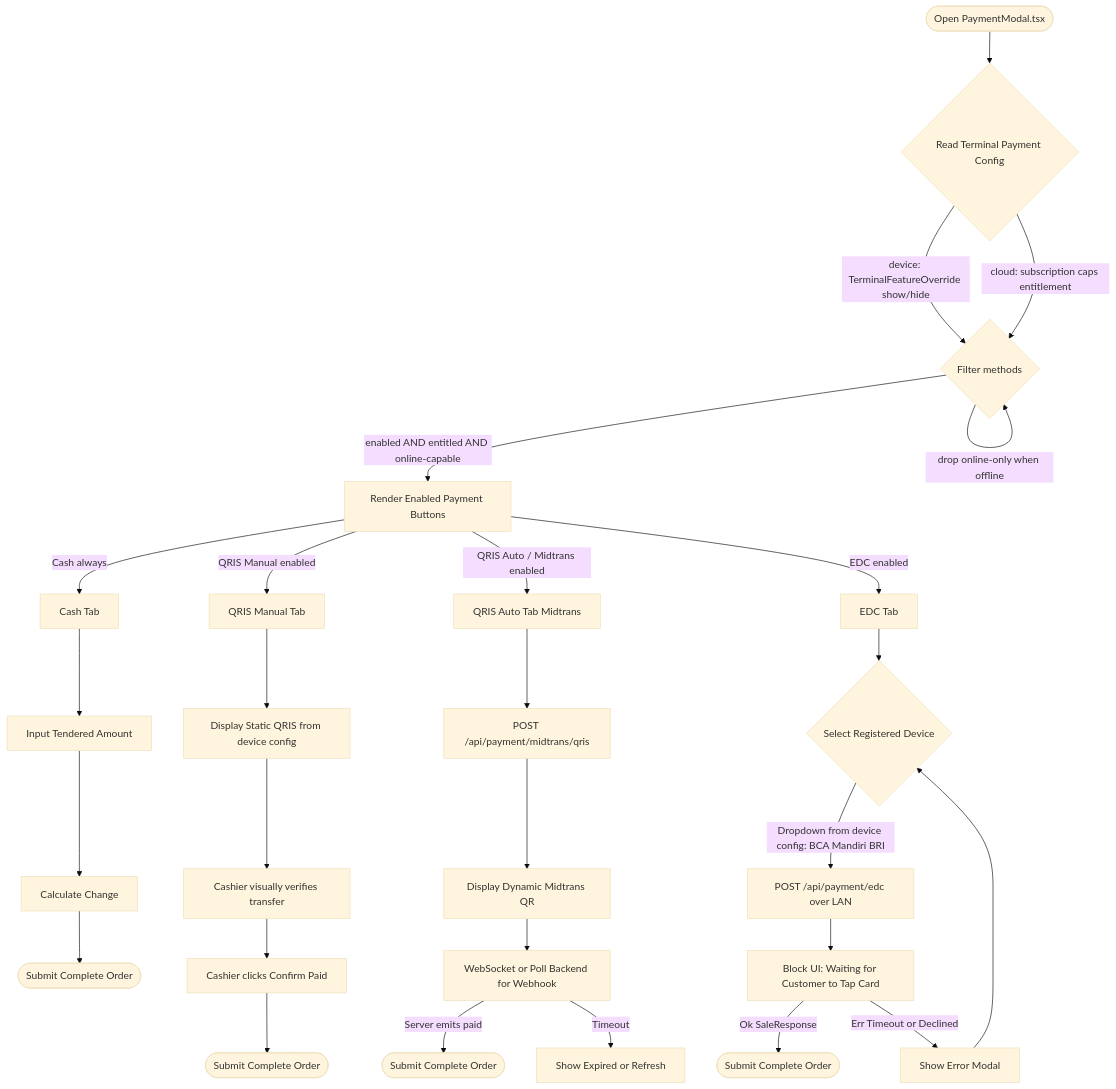
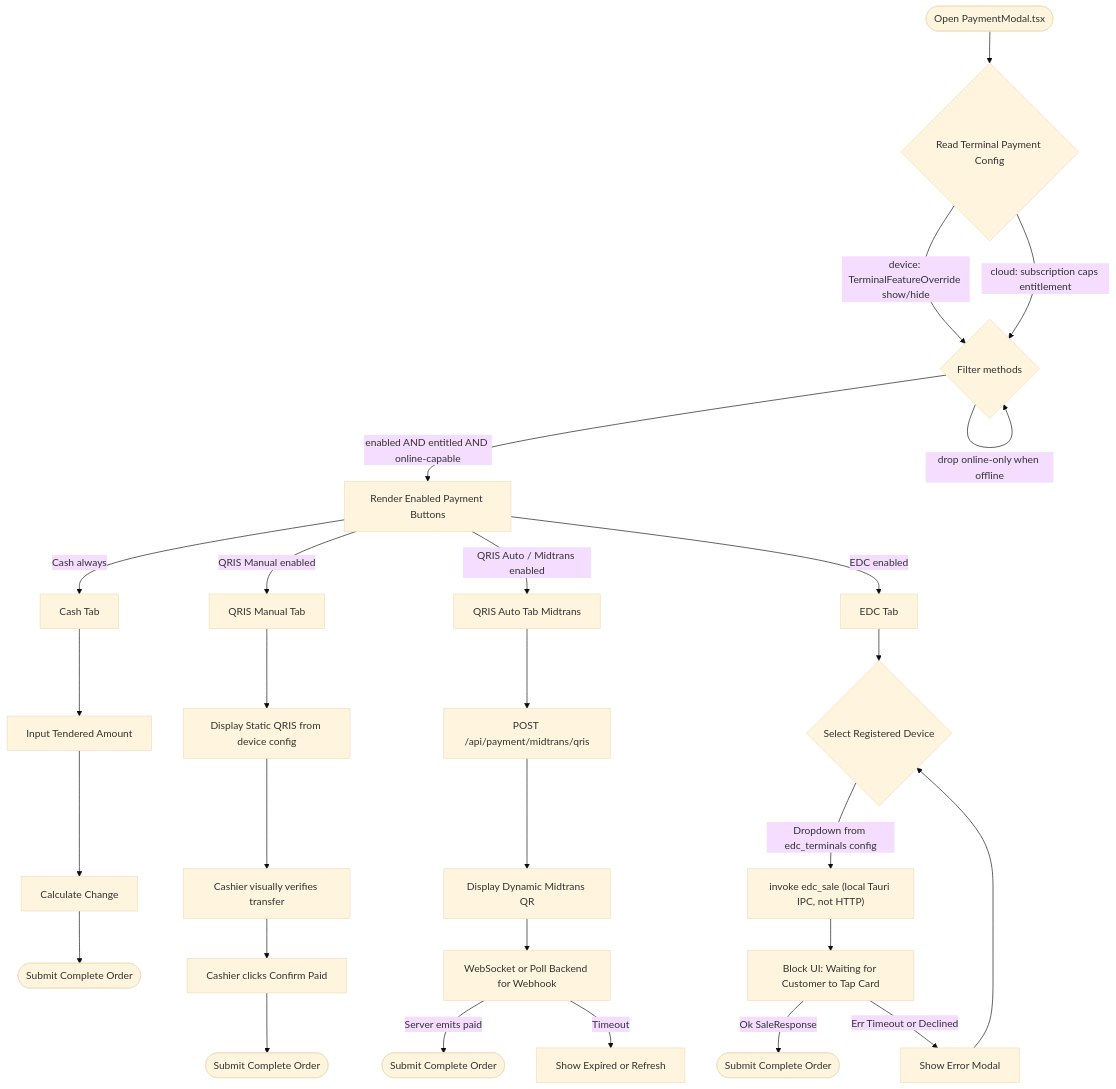
One commit to kardelitaitu/kasirmu changed the diagram in todo-payment.md. Above: the diagram before and after it, drawn with Mermaid (base theme). The commit also changed other lines of this file, not shown here.

Commit message:
docs(payment): re-verify the master plan against the tree — 4 shipped items were still filed as pending, and one decision shipped inverted

````diff
--- a/todo-payment.md
+++ b/todo-payment.md
@@ -150,37 +211,37 @@
 ```mermaid
 graph TD
     Init(["Open PaymentModal.tsx"]) --> FetchConfig{"Read Terminal Payment Config"}
     FetchConfig -->|device: TerminalFeatureOverride show/hide| Filter
     FetchConfig -->|cloud: subscription caps entitlement| Filter
 
     Filter{"Filter methods"}
     Filter -->|drop online-only when offline| Filter
     Filter -->|enabled AND entitled AND online-capable| RenderUI["Render Enabled Payment Buttons"]
 
     RenderUI -->|Cash always| TabCash["Cash Tab"]
     RenderUI -->|QRIS Manual enabled| TabQrisMan["QRIS Manual Tab"]
     RenderUI -->|QRIS Auto / Midtrans enabled| TabQrisAuto["QRIS Auto Tab Midtrans"]
     RenderUI -->|EDC enabled| TabEdc["EDC Tab"]
 
     TabCash --> CashInput["Input Tendered Amount"]
     CashInput --> CashCalc["Calculate Change"]
     CashCalc --> SubmitCash(["Submit Complete Order"])
 
     TabQrisMan --> QrisManStatic["Display Static QRIS from device config"]
     QrisManStatic --> QrisManVerify["Cashier visually verifies transfer"]
     QrisManVerify --> QrisManConfirm["Cashier clicks Confirm Paid"]
     QrisManConfirm --> SubmitQrisMan(["Submit Complete Order"])
 
     TabQrisAuto --> QrisAutoReq["POST /api/payment/midtrans/qris"]
     QrisAutoReq --> QrisAutoRender["Display Dynamic Midtrans QR"]
     QrisAutoRender --> QrisAutoListen["WebSocket or Poll Backend for Webhook"]
     QrisAutoListen -->|Server emits paid| SubmitQrisAuto(["Submit Complete Order"])
     QrisAutoListen -->|Timeout| QrisAutoRetry["Show Expired or Refresh"]
 
     TabEdc --> EdcSelect{"Select Registered Device"}
-    EdcSelect -->|Dropdown from device config: BCA Mandiri BRI| EdcSend["POST /api/payment/edc over LAN"]
+    EdcSelect -->|Dropdown from edc_terminals config| EdcSend["invoke edc_sale (local Tauri IPC, not HTTP)"]
     EdcSend --> EdcWait["Block UI: Waiting for Customer to Tap Card"]
     EdcWait -->|Ok SaleResponse| SubmitEdc(["Submit Complete Order"])
     EdcWait -->|Err Timeout or Declined| EdcErr["Show Error Modal"]
     EdcErr --> EdcSelect
 ```
````
